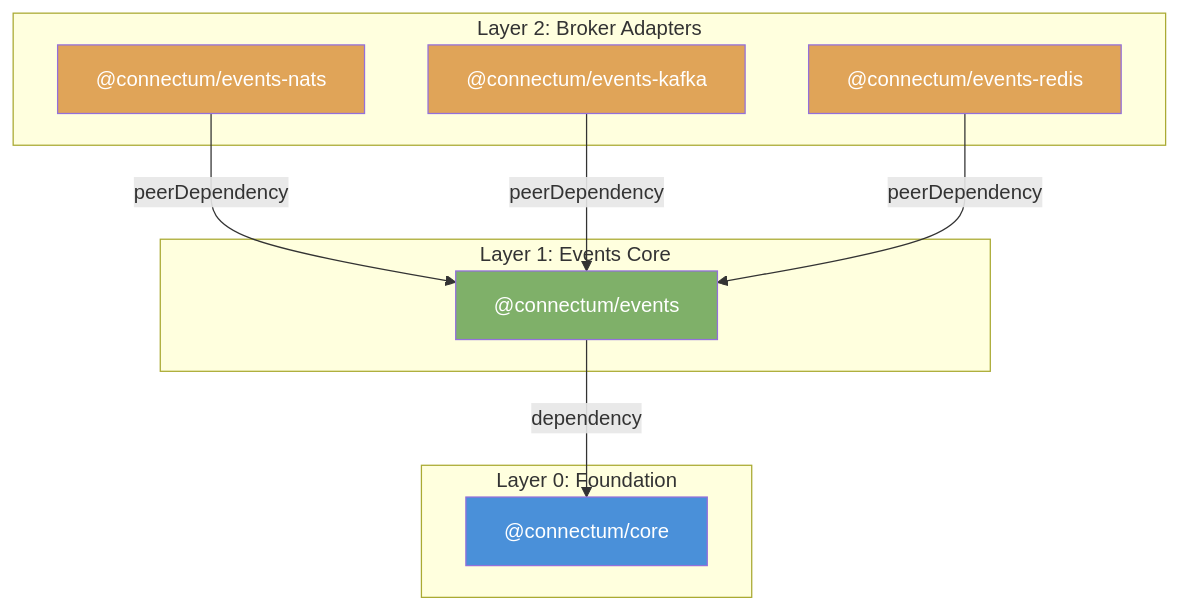
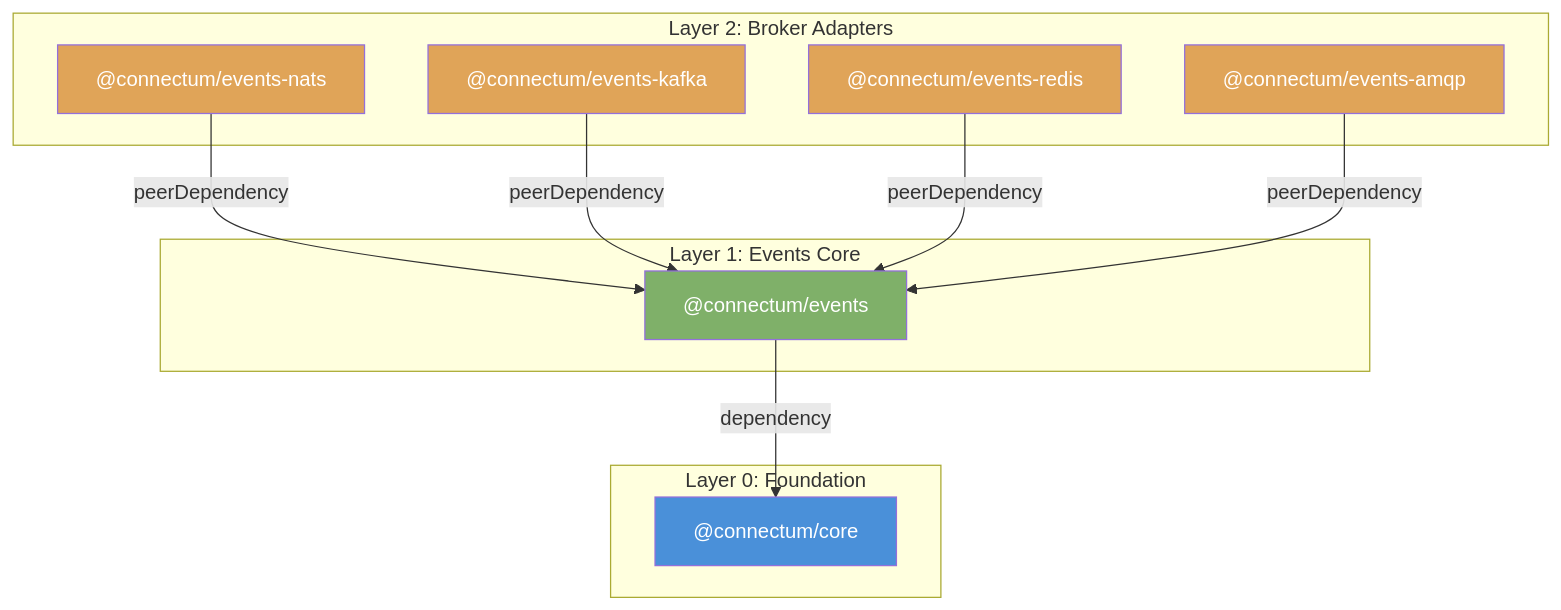
One commit to Connectum-Framework/docs changed the diagram in en/contributing/adr/026-eventbus-architecture.md. Above: the diagram before and after it, drawn with Mermaid. The commit also changed other lines of this file and 12 other files, not shown here.

First line of the commit message:
docs: add @connectum/events-amqp documentation and update drift (#19)

````diff
--- a/en/contributing/adr/026-eventbus-architecture.md
+++ b/en/contributing/adr/026-eventbus-architecture.md
@@ -221,27 +223,30 @@
 ```mermaid
 graph TB
     subgraph "Layer 0: Foundation"
         Core["@connectum/core"]
     end
 
     subgraph "Layer 1: Events Core"
         Events["@connectum/events"]
     end
 
     subgraph "Layer 2: Broker Adapters"
         Nats["@connectum/events-nats"]
         Kafka["@connectum/events-kafka"]
         Redis["@connectum/events-redis"]
+        Amqp["@connectum/events-amqp"]
     end
 
     Events -- "dependency" --> Core
     Nats -- "peerDependency" --> Events
     Kafka -- "peerDependency" --> Events
     Redis -- "peerDependency" --> Events
+    Amqp -- "peerDependency" --> Events
 
     style Core fill:#4a90d9,color:#fff
     style Events fill:#7fb069,color:#fff
     style Nats fill:#e0a458,color:#fff
     style Kafka fill:#e0a458,color:#fff
     style Redis fill:#e0a458,color:#fff
+    style Amqp fill:#e0a458,color:#fff
 ```
````
